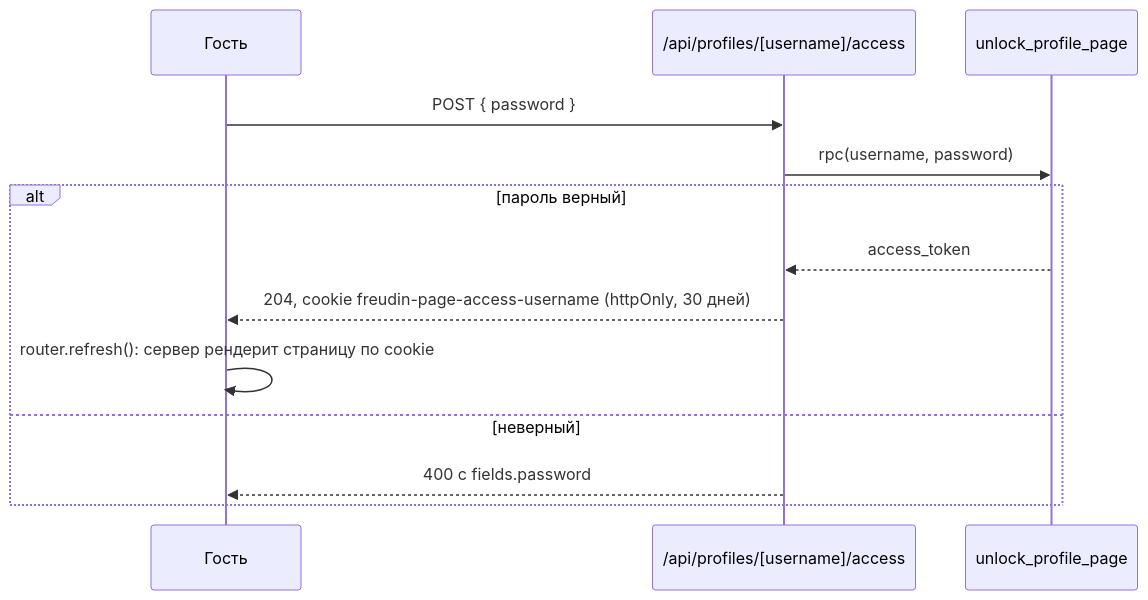
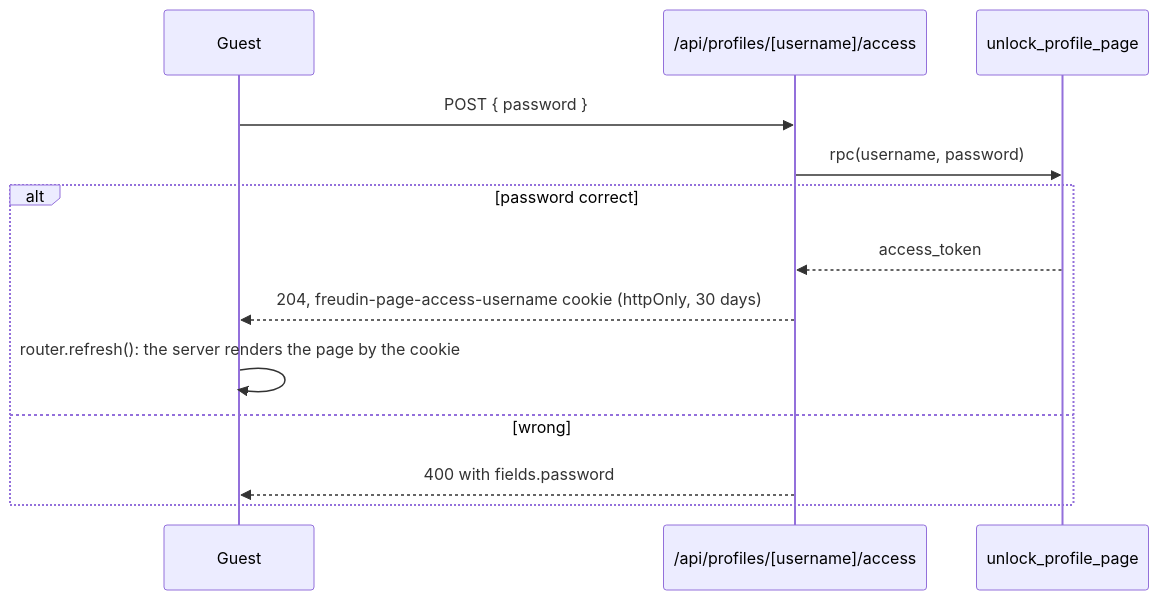
The fourth of 5 diagrams in docs/architecture/dynamic.md (verkhoturov/freudin-website), drawn with Mermaid before and after one commit. The commit also changed other lines of this file and 74 other files, not shown here.

````diff
--- a/docs/architecture/dynamic.md
+++ b/docs/architecture/dynamic.md
@@ -154,16 +162,16 @@
 ```mermaid
 sequenceDiagram
-    participant G as Гость
+    participant G as Guest
     participant API as /api/profiles/[username]/access
     participant DB as unlock_profile_page
 
     G->>API: POST { password }
     API->>DB: rpc(username, password)
-    alt пароль верный
+    alt password correct
         DB-->>API: access_token
-        API-->>G: 204, cookie freudin-page-access-username (httpOnly, 30 дней)
-        G->>G: router.refresh(): сервер рендерит страницу по cookie
-    else неверный
-        API-->>G: 400 с fields.password
+        API-->>G: 204, freudin-page-access-username cookie (httpOnly, 30 days)
+        G->>G: router.refresh(): the server renders the page by the cookie
+    else wrong
+        API-->>G: 400 with fields.password
     end
 ```
````
